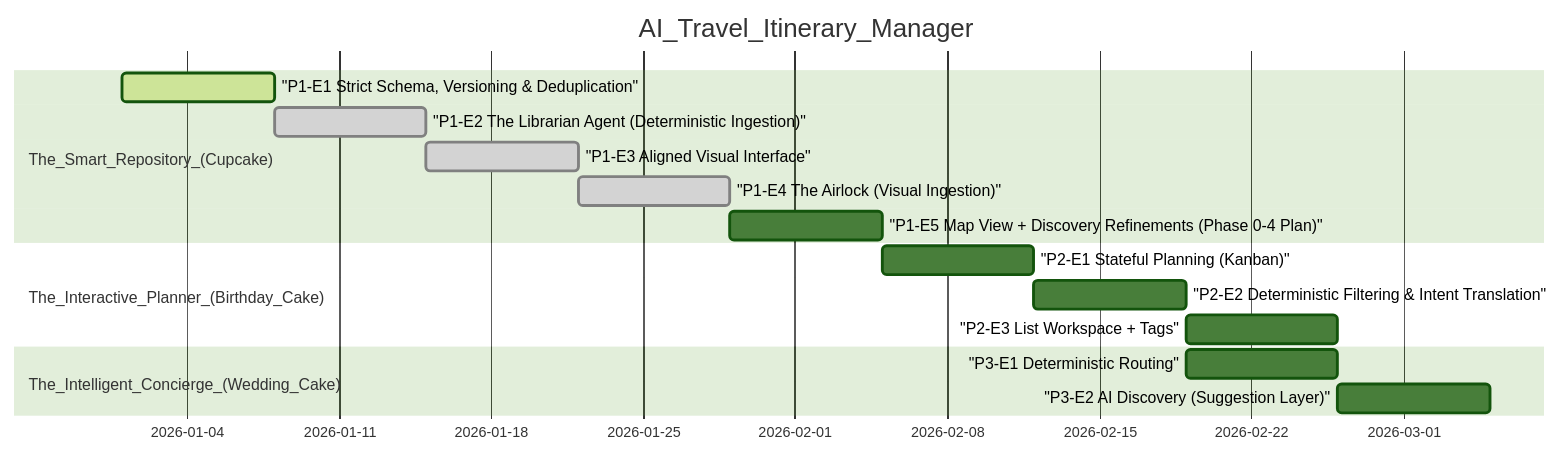
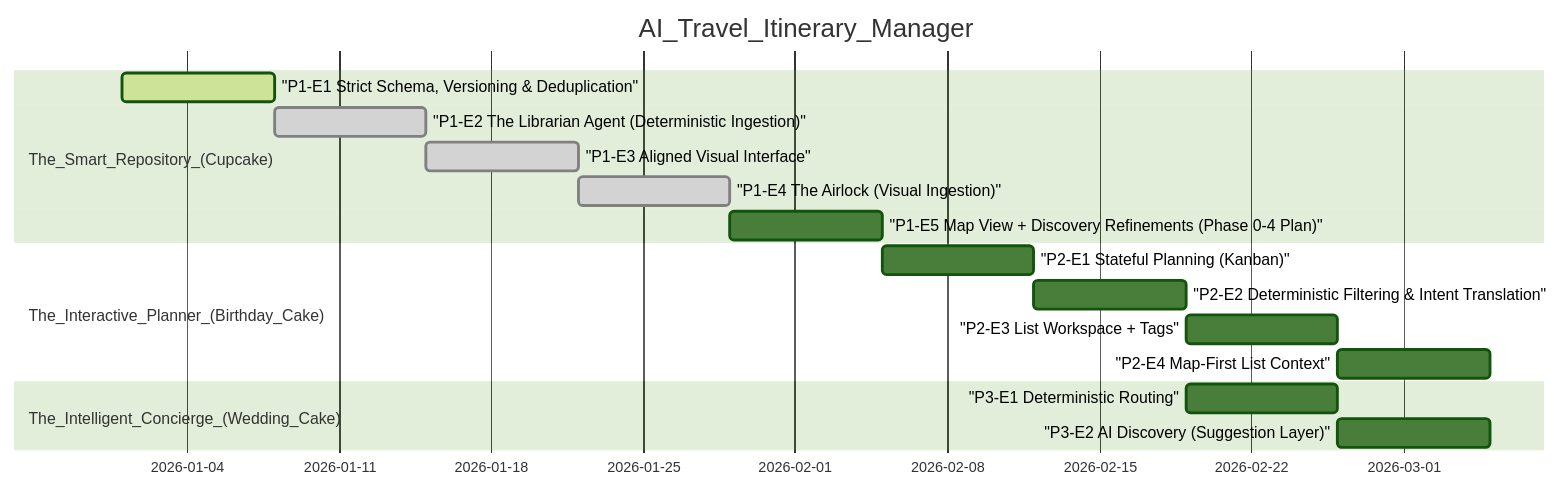
The diagram in CONTEXT.md (walshkang/acerca-trip-planner), drawn with Mermaid (forest theme) before and after one commit. The commit also changed other lines of this file and 2 other files, not shown here.

Commit message:
docs: add map-first list context to roadmap

````diff
--- a/CONTEXT.md
+++ b/CONTEXT.md
@@ -17,18 +18,19 @@
 ```mermaid
 gantt
   dateFormat YYYY-MM-DD
   title AI_Travel_Itinerary_Manager
   section The_Smart_Repository_(Cupcake)
   "P1-E1 Strict Schema, Versioning & Deduplication" :active, p1e1, 2026-01-01, 7d
   "P1-E2 The Librarian Agent (Deterministic Ingestion)" :done, p1e2, after p1e1, 7d
   "P1-E3 Aligned Visual Interface" :done, p1e3, after p1e2, 7d
   "P1-E4 The Airlock (Visual Ingestion)" :done, p1e4, after p1e3, 7d
   "P1-E5 Map View + Discovery Refinements (Phase 0-4 Plan)" :p1e5, after p1e4, 7d
   section The_Interactive_Planner_(Birthday_Cake)
   "P2-E1 Stateful Planning (Kanban)" :p2e1, after p1e5, 7d
   "P2-E2 Deterministic Filtering & Intent Translation" :p2e2, after p2e1, 7d
   "P2-E3 List Workspace + Tags" :p2e3, after p2e2, 7d
+  "P2-E4 Map-First List Context" :p2e4, after p2e3, 7d
   section The_Intelligent_Concierge_(Wedding_Cake)
   "P3-E1 Deterministic Routing" :p3e1, after p2e2, 7d
   "P3-E2 AI Discovery (Suggestion Layer)" :p3e2, after p3e1, 7d
 ```
````
